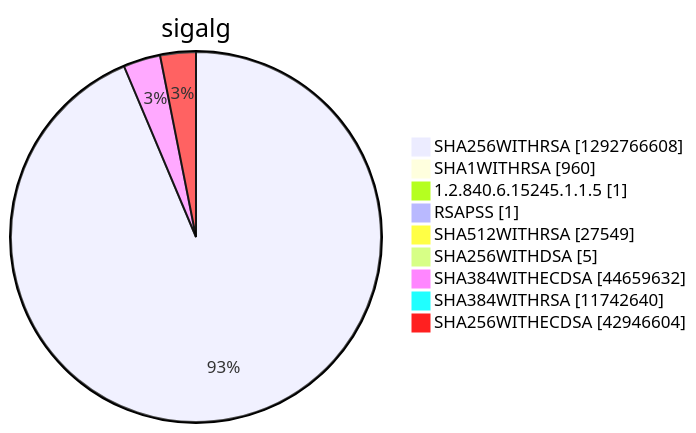
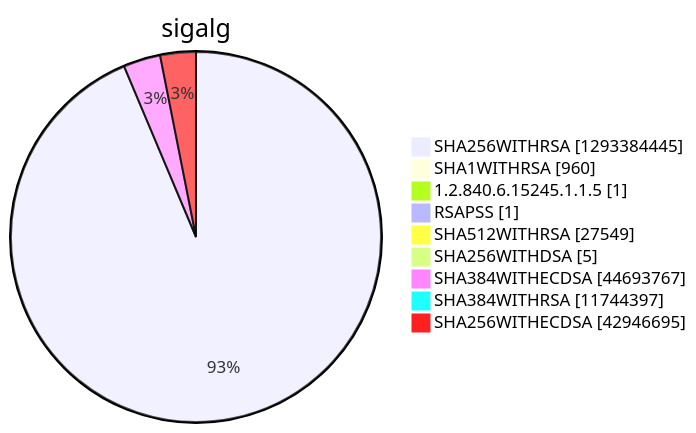
Diagram 15 of 15 in argon2022/README.md (christiankrug/ctmonitor_visualization), drawn with Mermaid before and after one commit. The commit also changed other lines of this file, not shown here.

````diff
--- a/argon2022/README.md
+++ b/argon2022/README.md
@@ -5523,13 +5523,13 @@
 ```mermaid
 pie showData
 title sigalg
-"SHA256WITHRSA" :1292766608
+"SHA256WITHRSA" :1293384445
 "SHA1WITHRSA" :960
 "1.2.840.6.15245.1.1.5" :1
 "RSAPSS" :1
 "SHA512WITHRSA" :27549
 "SHA256WITHDSA" :5
-"SHA384WITHECDSA" :44659632
-"SHA384WITHRSA" :11742640
-"SHA256WITHECDSA" :42946604
+"SHA384WITHECDSA" :44693767
+"SHA384WITHRSA" :11744397
+"SHA256WITHECDSA" :42946695
 ```
````
